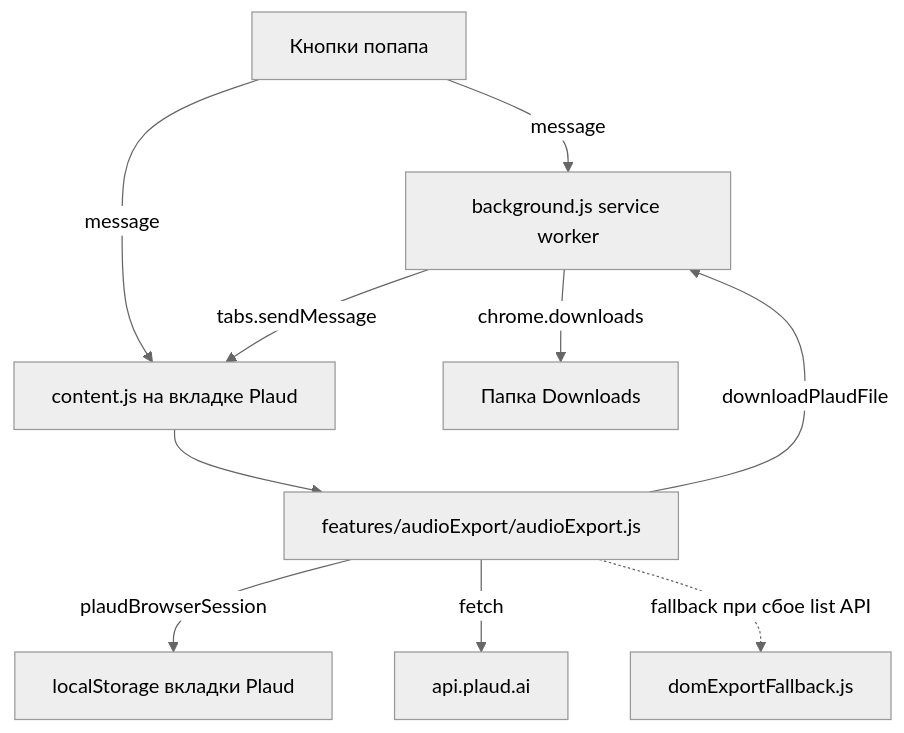
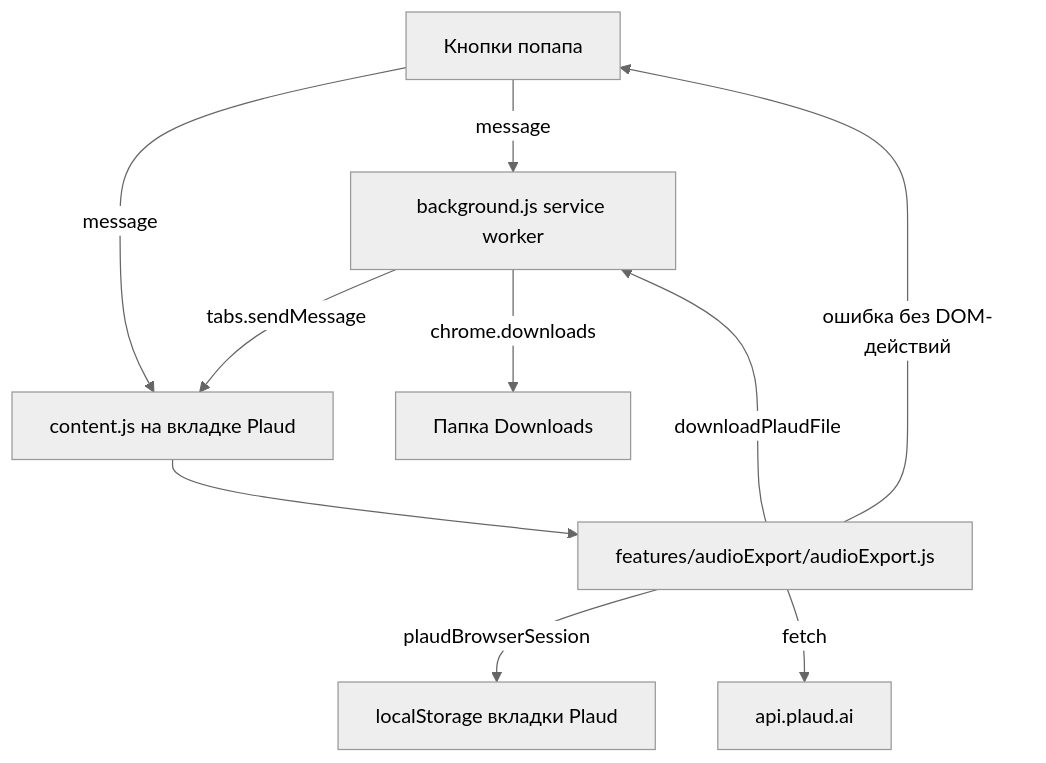
One commit to ksandrpetrov/plaud-server-exporter changed the first of 2 diagrams in docs/server-exporter-research.md. Above: the diagram before and after it, drawn with Mermaid (neutral theme). The commit also changed other lines of this file and 11 other files, not shown here.

Commit message:
fix(extension): remove unsafe DOM export fallback

````diff
--- a/docs/server-exporter-research.md
+++ b/docs/server-exporter-research.md
@@ -49,12 +50,12 @@
 ```mermaid
 flowchart TD
     Popup[Кнопки попапа] -->|message| BG[background.js service worker]
     Popup -->|message| CS[content.js на вкладке Plaud]
     BG -->|tabs.sendMessage| CS
     CS --> AE[features/audioExport/audioExport.js]
     AE -->|plaudBrowserSession| LS[localStorage вкладки Plaud]
     AE -->|fetch| API[api.plaud.ai]
     AE -->|downloadPlaudFile| BG
     BG -->|chrome.downloads| Disk[Папка Downloads]
-    AE -.->|fallback при сбое list API| DOM[domExportFallback.js]
+    AE -->|ошибка без DOM-действий| Popup
 ```
````
